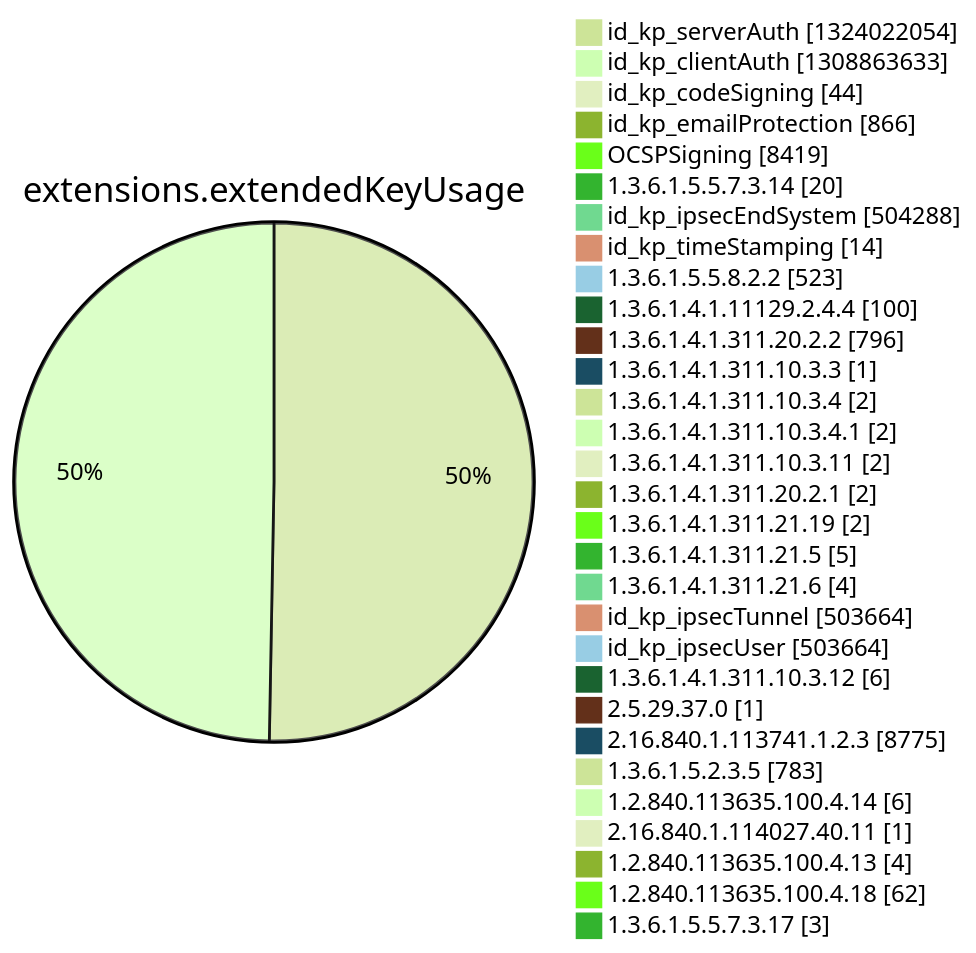
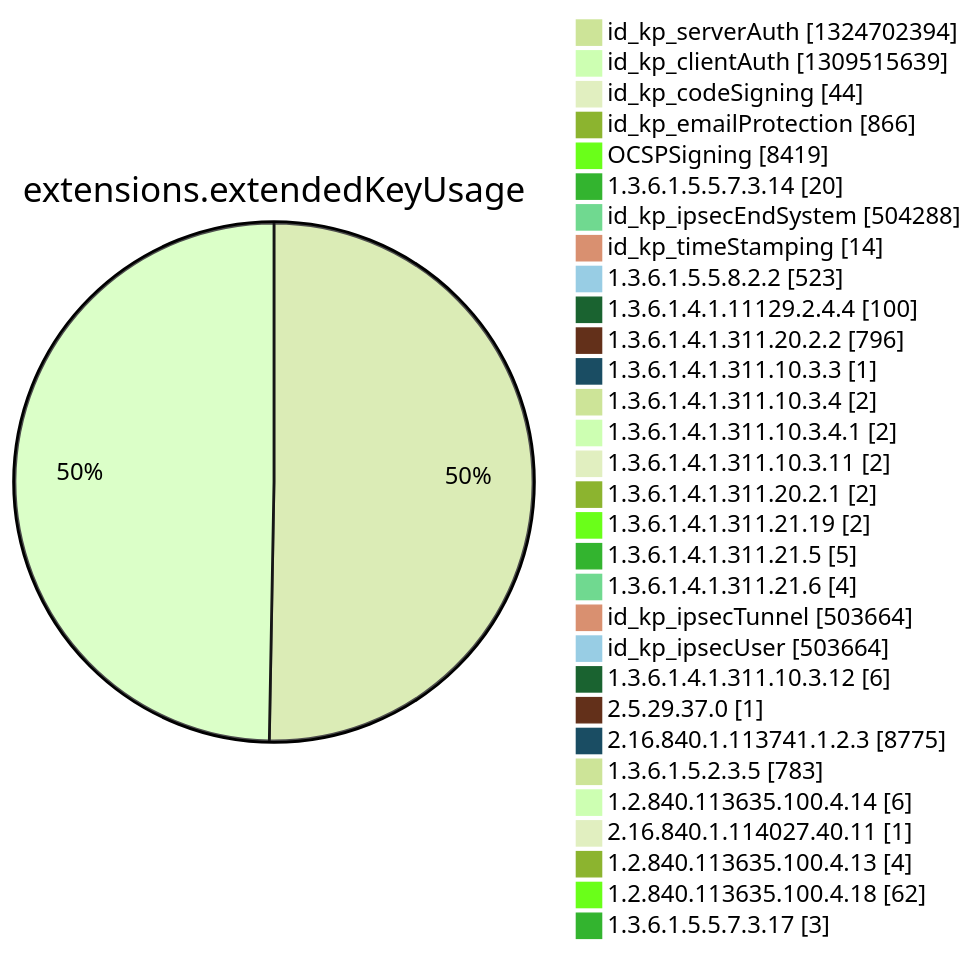
Diagram 12 of 15 in argon2022/README.md (christiankrug/ctmonitor_visualization), drawn with Mermaid (forest theme) before and after one commit. The commit also changed other lines of this file, not shown here.

````diff
--- a/argon2022/README.md
+++ b/argon2022/README.md
@@ -3553,34 +3553,34 @@
 ```mermaid
 pie showData
 title extensions.extendedKeyUsage
-"id_kp_serverAuth" :1324022054
-"id_kp_clientAuth" :1308863633
+"id_kp_serverAuth" :1324702394
+"id_kp_clientAuth" :1309515639
 "id_kp_codeSigning" :44
 "id_kp_emailProtection" :866
 "OCSPSigning" :8419
 "1.3.6.1.5.5.7.3.14" :20
 "id_kp_ipsecEndSystem" :504288
 "id_kp_timeStamping" :14
 "1.3.6.1.5.5.8.2.2" :523
 "1.3.6.1.4.1.11129.2.4.4" :100
 "1.3.6.1.4.1.311.20.2.2" :796
 "1.3.6.1.4.1.311.10.3.3" :1
 "1.3.6.1.4.1.311.10.3.4" :2
 "1.3.6.1.4.1.311.10.3.4.1" :2
 "1.3.6.1.4.1.311.10.3.11" :2
 "1.3.6.1.4.1.311.20.2.1" :2
 "1.3.6.1.4.1.311.21.19" :2
 "1.3.6.1.4.1.311.21.5" :5
 "1.3.6.1.4.1.311.21.6" :4
 "id_kp_ipsecTunnel" :503664
 "id_kp_ipsecUser" :503664
 "1.3.6.1.4.1.311.10.3.12" :6
 "2.5.29.37.0" :1
 "2.16.840.1.113741.1.2.3" :8775
 "1.3.6.1.5.2.3.5" :783
 "1.2.840.113635.100.4.14" :6
 "2.16.840.1.114027.40.11" :1
 "1.2.840.113635.100.4.13" :4
 "1.2.840.113635.100.4.18" :62
 "1.3.6.1.5.5.7.3.17" :3
 ```
````
